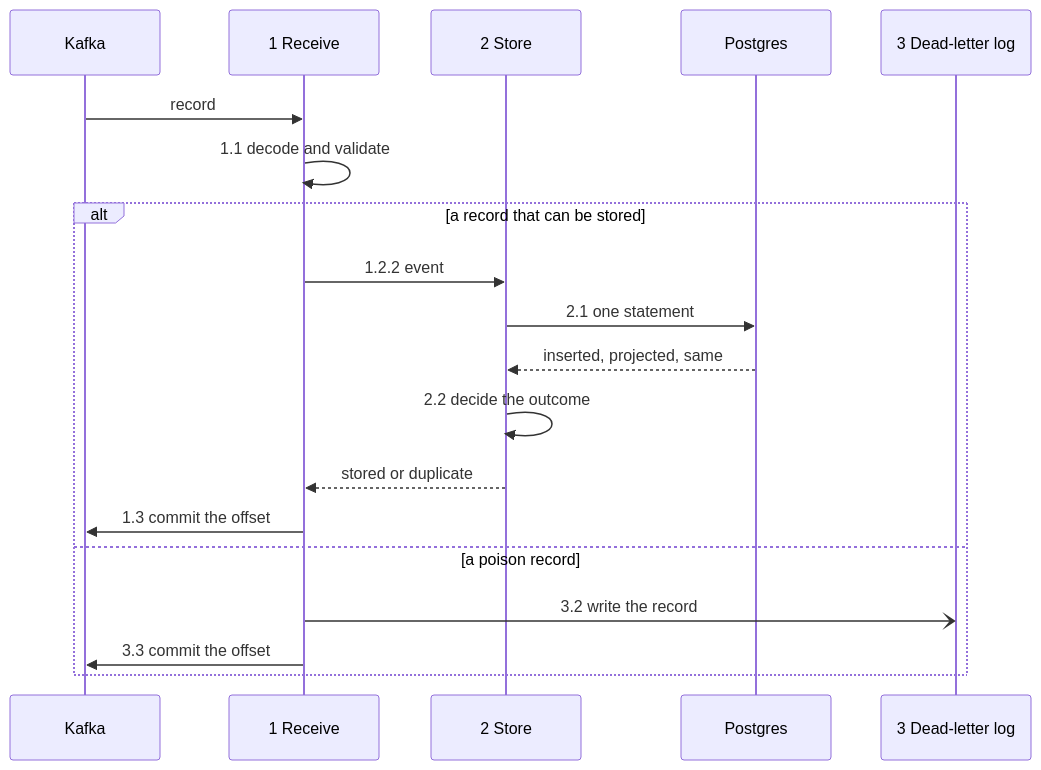
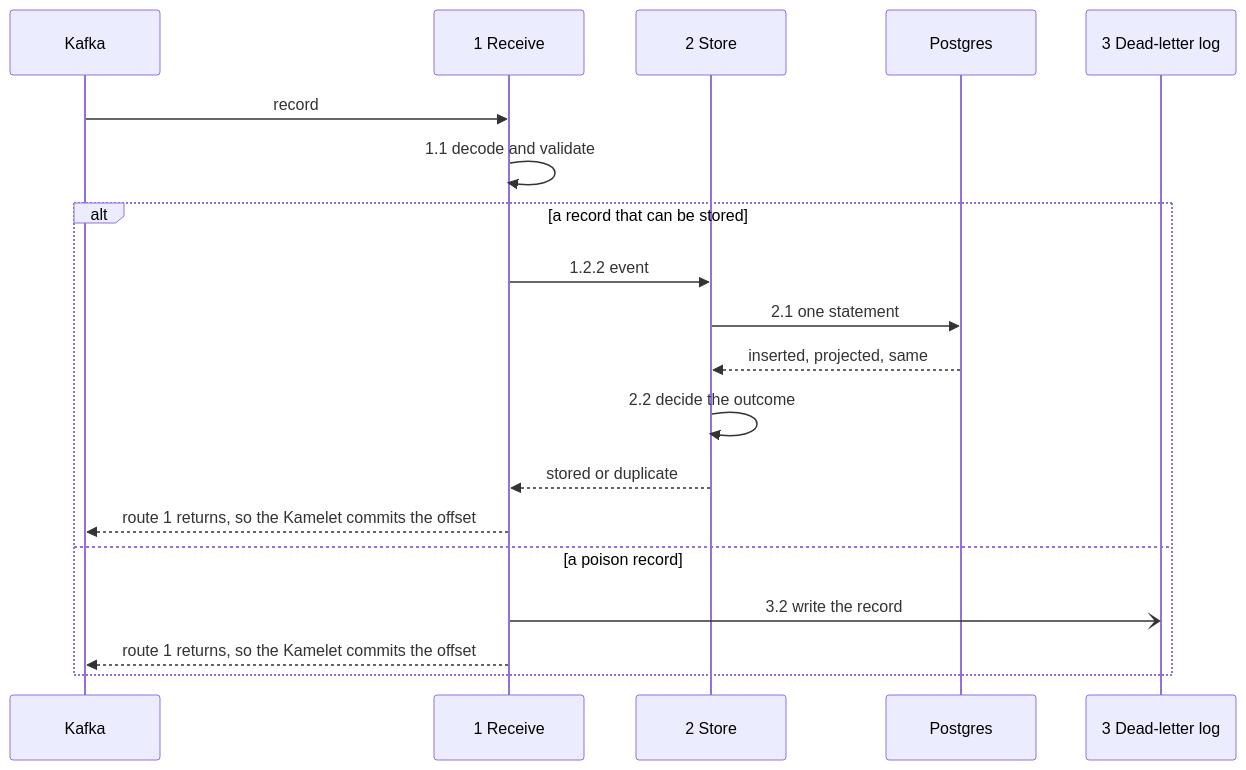
Before and after one commit to m-almeida-p/ms-ml-conv-history-consumer: the fifth of 5 diagrams in docs/design.md, drawn with Mermaid. The commit also changed other lines of this file and 14 other files, not shown here.

First line of the commit message:
Start the consumer from a Kamelet that reads Kafka and commits after the route

````diff
--- a/docs/design.md
+++ b/docs/design.md
@@ -159,22 +158,22 @@
 ```mermaid
 sequenceDiagram
     participant K as Kafka
     participant R as 1 Receive
     participant S as 2 Store
     participant P as Postgres
     participant L as 3 Dead-letter log
 
     K->>R: record
     R->>R: 1.1 decode and validate
     alt a record that can be stored
         R->>S: 1.2.2 event
         S->>P: 2.1 one statement
         P-->>S: inserted, projected, same
         S->>S: 2.2 decide the outcome
         S-->>R: stored or duplicate
-        R->>K: 1.3 commit the offset
+        R-->>K: route 1 returns, so the Kamelet commits the offset
     else a poison record
         R-)L: 3.2 write the record
-        R->>K: 3.3 commit the offset
+        R-->>K: route 1 returns, so the Kamelet commits the offset
     end
 ```
````
